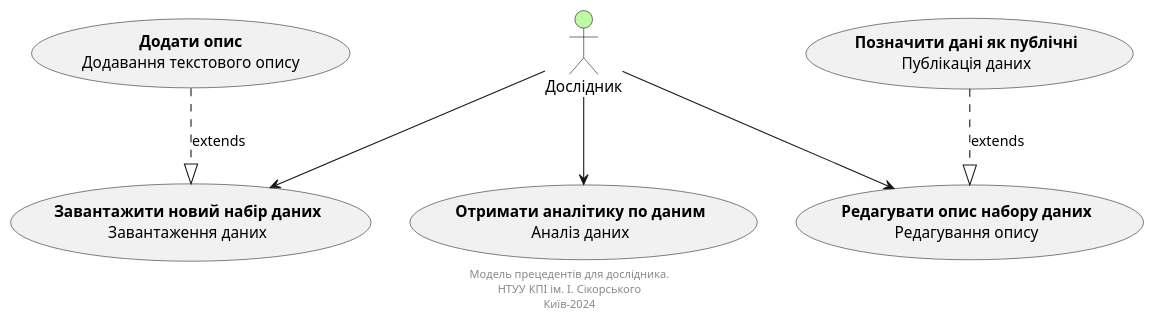
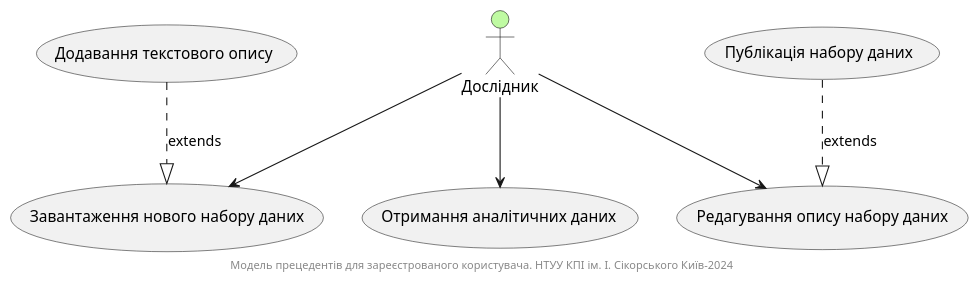
Before and after one commit to tyntyntynnnn/edu_db_labs: the second of 13 diagrams in docs/use cases/README.md, drawn with PlantUML. The commit also changed other lines of this file, not shown here.

Commit message:
diagrams

```diff
--- a/docs/use cases/README.md
+++ b/docs/use cases/README.md
@@ -115,34 +108,33 @@
 @startuml
 
+' Налаштування стилів акторів
 skinparam actor {
     BackgroundColor #bffaa2
     BorderColor black
     FontColor black
 }
 
-actor "Дослідник" as DataResearcher
+actor "Дослідник" as Researcher
 
-usecase "<b>Завантажити новий набір даних</b>\nЗавантаження даних" as UC_2.1
-usecase "<b>Отримати аналітику по даним</b>\nАналіз даних" as UC_2.2
-usecase "<b>Редагувати опис набору даних</b>\nРедагування опису" as UC_2.3
+usecase "Завантаження нового набору даних" as UC_2.1
+usecase "Отримання аналітичних даних" as UC_2.2
+usecase "Редагування опису набору даних" as UC_2.3
 
-' Дочірні варіанти використання
-usecase "<b>Додати опис</b>\nДодавання текстового опису" as UC_2.1.1
-usecase "<b>Позначити дані як публічні</b>\nПублікація даних" as UC_2.3.1
+' Дочірні прецеденти
+usecase "Додавання текстового опису" as UC_2.1.1
+usecase "Публікація набору даних" as UC_2.3.1
 
 ' Основні взаємодії
-DataResearcher --> UC_2.1
-DataResearcher --> UC_2.2
-DataResearcher --> UC_2.3
+Researcher --> UC_2.1
+Researcher --> UC_2.2
+Researcher --> UC_2.3
 
-' Зв'язки розширення (extends) для дочірніх прецедентів
+' Розширення (extends) для дочірніх прецедентів
 UC_2.1.1 ..|> UC_2.1 : extends
 UC_2.3.1 ..|> UC_2.3 : extends
 
 footer
-    Модель прецедентів для дослідника.
-    НТУУ КПІ ім. І. Сікорського
-    Київ-2024
+     Модель прецедентів для зареєстрованого користувача. НТУУ КПІ ім. І. Сікорського Київ-2024
 endfooter
 
 @enduml
```
